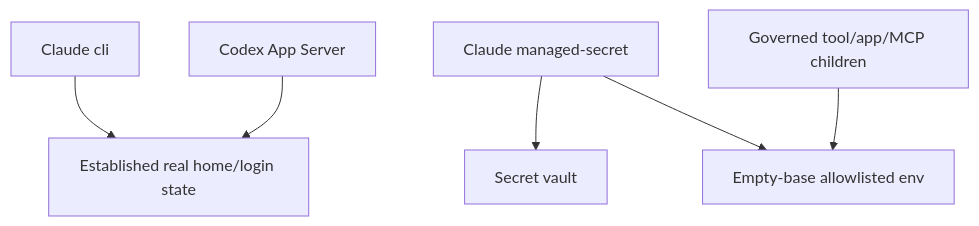
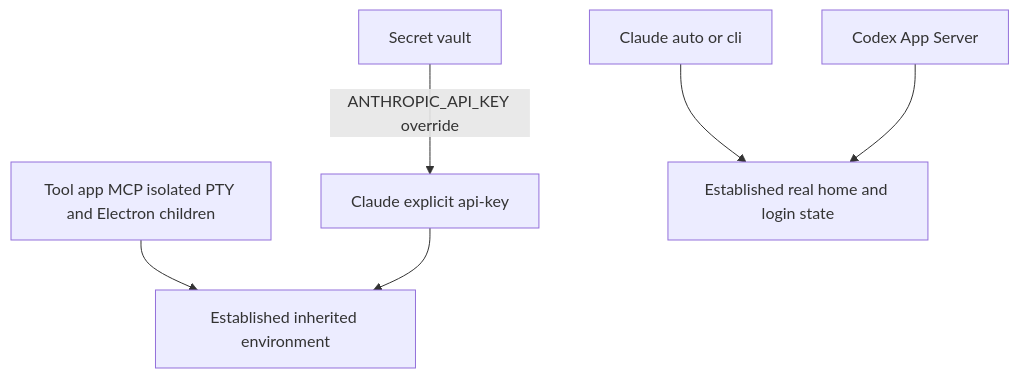
Diagram 13 of 14 in tickets/in-progress/secure-centralized-secret-provisioning/secret-storage-architecture.md (AutoByteus/autobyteus-workspace), drawn with Mermaid before and after one commit. The commit also changed other lines of this file and 121 other files, not shown here.

````diff
--- a/tickets/in-progress/secure-centralized-secret-provisioning/secret-storage-architecture.md
+++ b/tickets/in-progress/secure-centralized-secret-provisioning/secret-storage-architecture.md
@@ -425,16 +415,16 @@
 ```mermaid
 flowchart TB
-  ClaudeCli[Claude cli]
-  ClaudeManaged[Claude managed-secret]
+  ClaudeExternal[Claude auto or cli]
+  ClaudeApiKey[Claude explicit api-key]
   Codex[Codex App Server]
-  Governed[Governed tool/app/MCP children]
+  Children[Tool app MCP isolated PTY and Electron children]
   Vault[Secret vault]
-  Empty[Empty-base allowlisted env]
-  Home[Established real home/login state]
+  Inherited[Established inherited environment]
+  Home[Established real home and login state]
 
-  ClaudeCli --> Home
+  ClaudeExternal --> Home
   Codex --> Home
-  ClaudeManaged --> Vault
-  ClaudeManaged --> Empty
-  Governed --> Empty
+  Children --> Inherited
+  ClaudeApiKey --> Inherited
+  Vault -->|ANTHROPIC_API_KEY override| ClaudeApiKey
 ```
````
